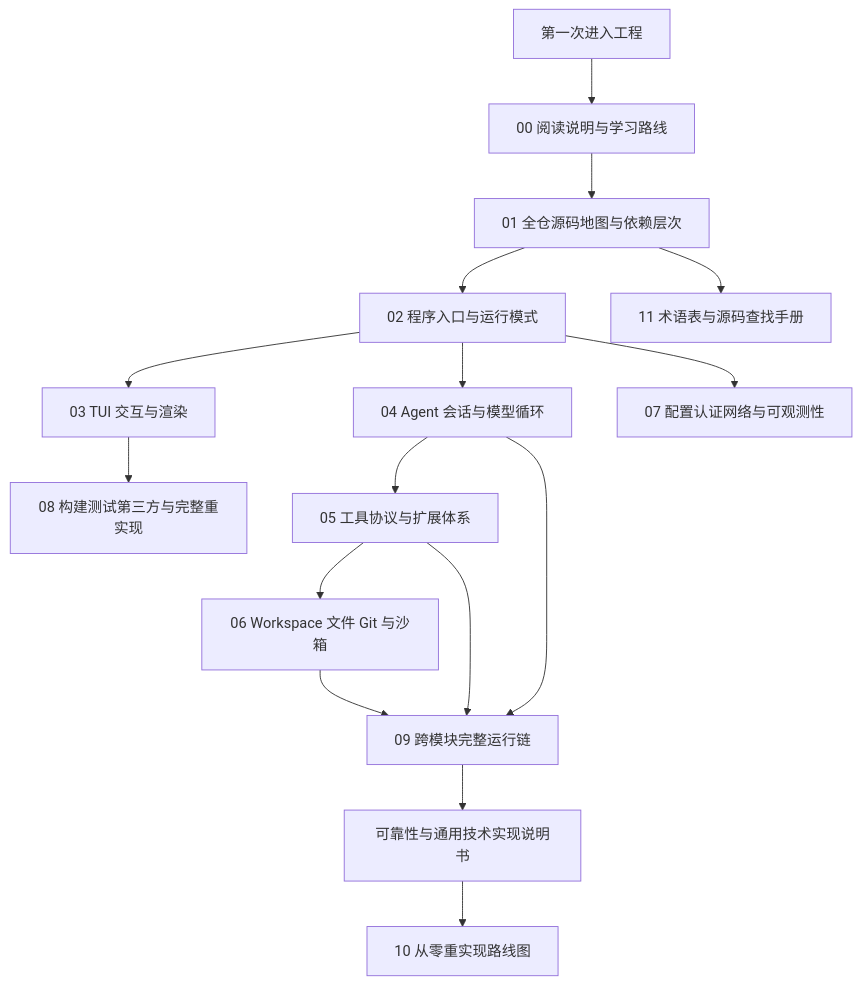
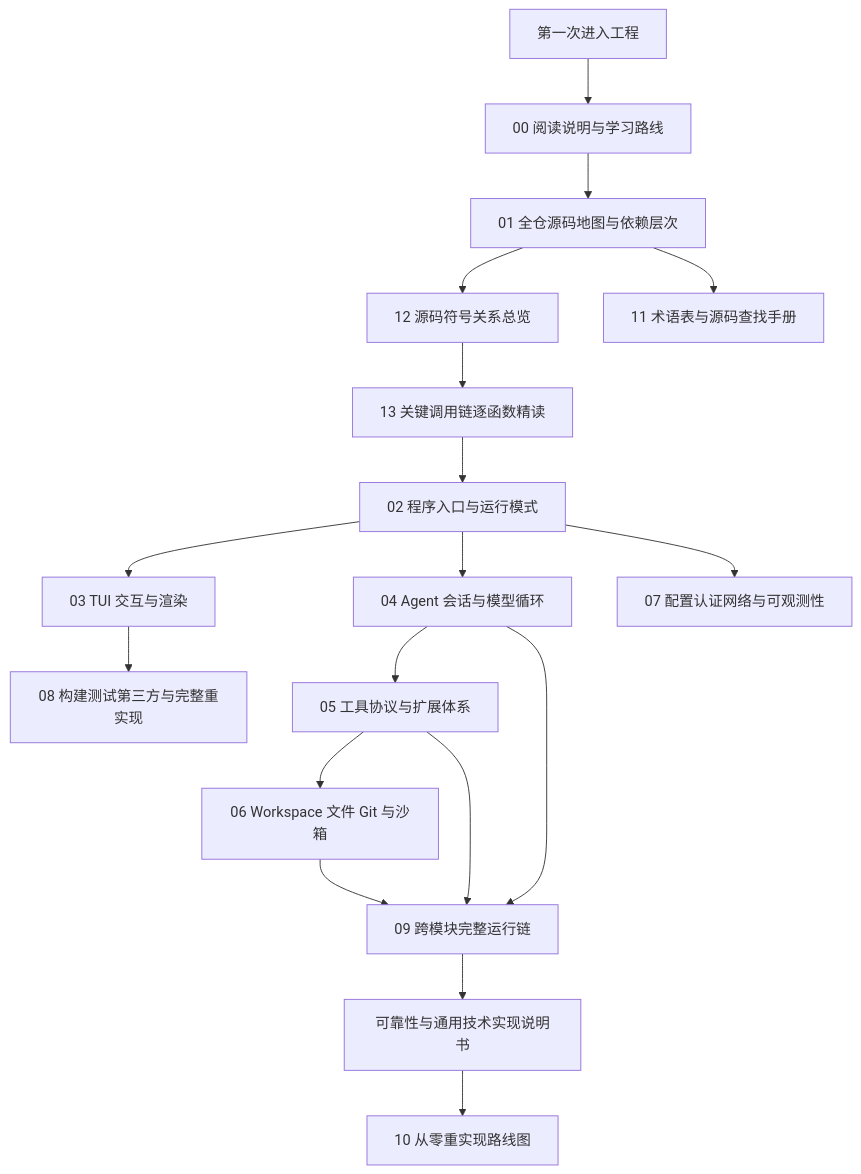
The first of 2 diagrams in docs/adrian/sourceReader/README.md (adrian9778/grok-build), drawn with Mermaid before and after one commit. The commit also changed other lines of this file and 23 other files, not shown here.

````diff
--- a/docs/adrian/sourceReader/README.md
+++ b/docs/adrian/sourceReader/README.md
@@ -7,18 +19,20 @@
 ```mermaid
 flowchart TD
     START["第一次进入工程"] --> GUIDE["00 阅读说明与学习路线"]
     GUIDE --> MAP["01 全仓源码地图与依赖层次"]
-    MAP --> ENTRY["02 程序入口与运行模式"]
+    MAP --> RELMAP["12 源码符号关系总览"]
+    RELMAP --> TRACE["13 关键调用链逐函数精读"]
+    TRACE --> ENTRY["02 程序入口与运行模式"]
     ENTRY --> TUI["03 TUI 交互与渲染"]
     ENTRY --> AGENT["04 Agent 会话与模型循环"]
     AGENT --> TOOL["05 工具协议与扩展体系"]
     TOOL --> WS["06 Workspace 文件 Git 与沙箱"]
     ENTRY --> INFRA["07 配置认证网络与可观测性"]
     TUI --> BUILD["08 构建测试第三方与完整重实现"]
     AGENT --> RUN["09 跨模块完整运行链"]
     TOOL --> RUN
     WS --> RUN
     RUN --> REL["可靠性与通用技术实现说明书"]
     REL --> REBUILD["10 从零重实现路线图"]
     MAP --> TERMS["11 术语表与源码查找手册"]
 ```
````
